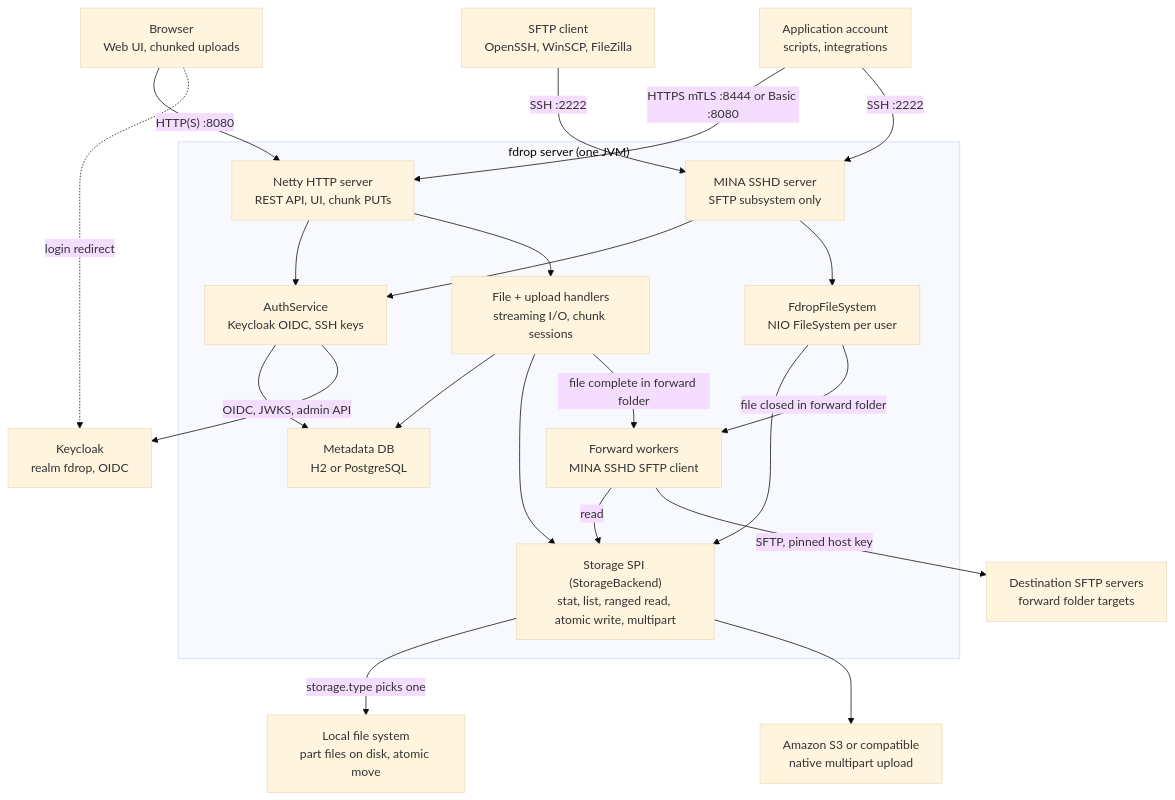
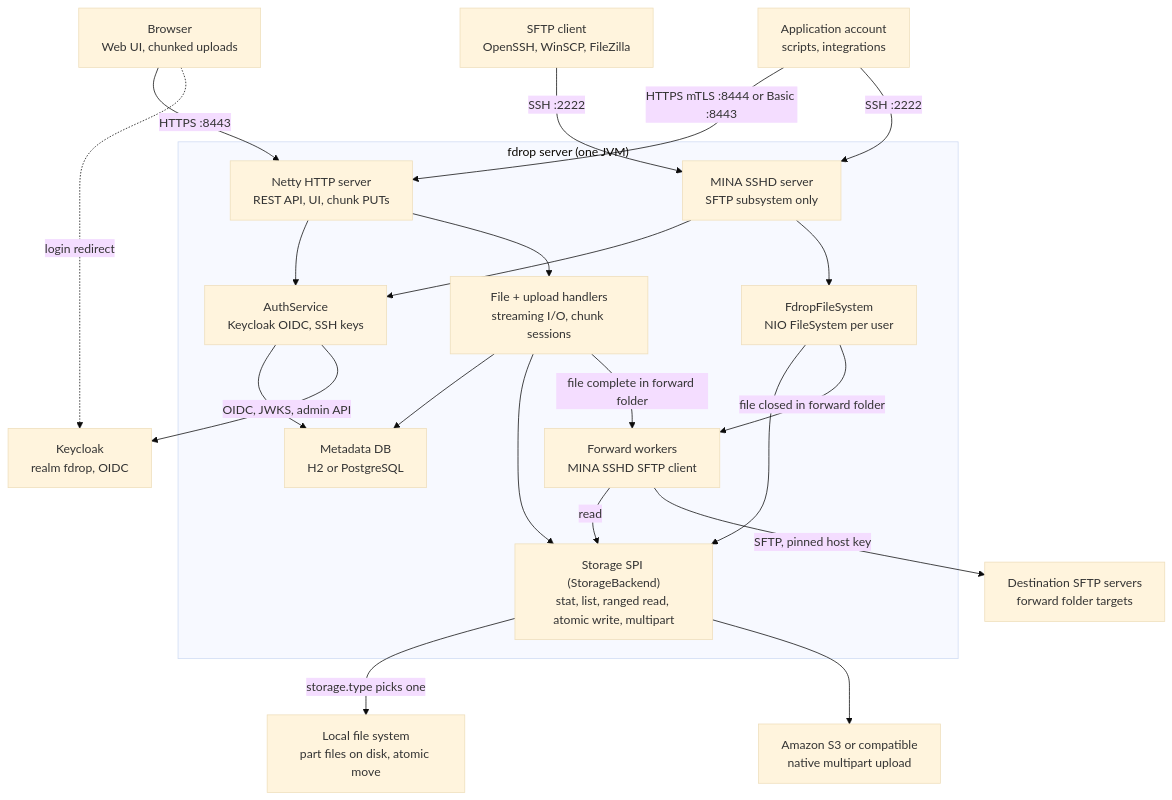
One commit to chrisjstevo/fdrop changed the first of 3 diagrams in SPEC.md. Above: the diagram before and after it, drawn with Mermaid (base theme). The commit also changed other lines of this file and 66 other files, not shown here.

````diff
--- a/SPEC.md
+++ b/SPEC.md
@@ -32,43 +32,43 @@
 ```mermaid
 flowchart TB
     browser["Browser<br/>Web UI, chunked uploads"]
     sftpc["SFTP client<br/>OpenSSH, WinSCP, FileZilla"]
     appc["Application account<br/>scripts, integrations"]
 
     subgraph server["fdrop server (one JVM)"]
         netty["Netty HTTP server<br/>REST API, UI, chunk PUTs"]
         auth["AuthService<br/>Keycloak OIDC, SSH keys"]
         mina["MINA SSHD server<br/>SFTP subsystem only"]
         handlers["File + upload handlers<br/>streaming I/O, chunk sessions"]
         meta["Metadata DB<br/>H2 or PostgreSQL"]
         fs["FdropFileSystem<br/>NIO FileSystem per user"]
         spi["Storage SPI (StorageBackend)<br/>stat, list, ranged read, atomic write, multipart"]
         fwd["Forward workers<br/>MINA SSHD SFTP client"]
     end
 
     local["Local file system<br/>part files on disk, atomic move"]
     s3["Amazon S3 or compatible<br/>native multipart upload"]
     keycloak["Keycloak<br/>realm fdrop, OIDC"]
     remote["Destination SFTP servers<br/>forward folder targets"]
 
-    browser -- "HTTP(S) :8080" --> netty
+    browser -- "HTTPS :8443" --> netty
     sftpc -- "SSH :2222" --> mina
-    appc -- "HTTPS mTLS :8444 or Basic :8080" --> netty
+    appc -- "HTTPS mTLS :8444 or Basic :8443" --> netty
     appc -- "SSH :2222" --> mina
     netty --> auth
     mina --> auth
     netty --> handlers
     auth --> meta
     auth -- "OIDC, JWKS, admin API" --> keycloak
     browser -. "login redirect" .-> keycloak
     handlers --> meta
     mina --> fs
     handlers --> spi
     fs --> spi
     handlers -- "file complete in forward folder" --> fwd
     fs -- "file closed in forward folder" --> fwd
     fwd -- "read" --> spi
     fwd -- "SFTP, pinned host key" --> remote
     spi -- "storage.type picks one" --> local
     spi --> s3
 ```
````
